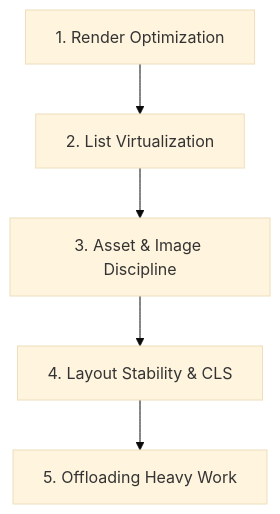
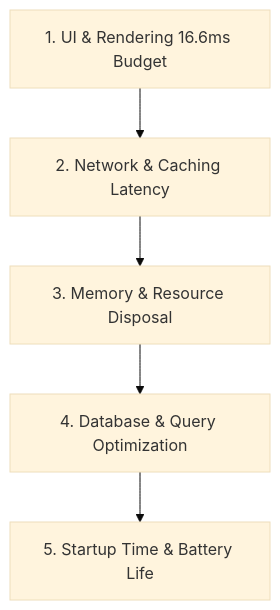
One commit to juwelzan/human-ui-engineering changed the diagram in engineering/performance.md. Above: the diagram before and after it, drawn with Mermaid (base theme). The commit also changed other lines of this file and 59 other files, not shown here.

````diff
--- a/engineering/performance.md
+++ b/engineering/performance.md
@@ -27,7 +11,7 @@
 ```mermaid
 flowchart TD
-    P1[1. Render Optimization] --> P2[2. List Virtualization]
-    P2 --> P3[3. Asset & Image Discipline]
-    P3 --> P4[4. Layout Stability & CLS]
-    P4 --> P5[5. Offloading Heavy Work]
+    P1[1. UI & Rendering 16.6ms Budget] --> P2[2. Network & Caching Latency]
+    P2 --> P3[3. Memory & Resource Disposal]
+    P3 --> P4[4. Database & Query Optimization]
+    P4 --> P5[5. Startup Time & Battery Life]
 ```
````
